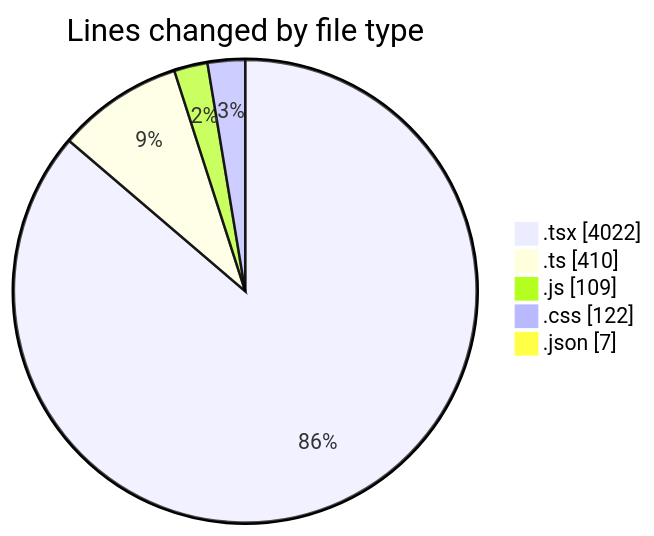
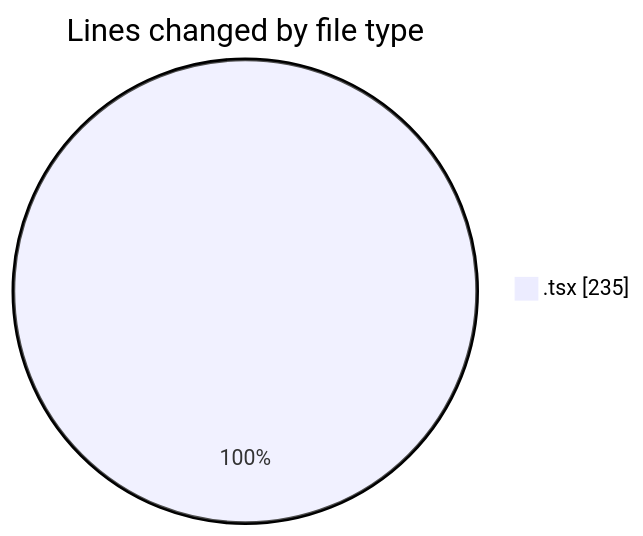
Before and after one commit to robertbonfada/code-tracking: the first of 2 diagrams in 2025-01-17/mbc-web/README.md, drawn with Mermaid. The commit also changed other lines of this file and 1 other file, not shown here.

````diff
--- a/2025-01-17/mbc-web/README.md
+++ b/2025-01-17/mbc-web/README.md
@@ -44,9 +24,5 @@
 ```mermaid
 pie showData
 title Lines changed by file type
-".tsx" : 4022
-".ts" : 410
-".js" : 109
-".css" : 122
-".json" : 7
+".tsx" : 235
 ```
````
